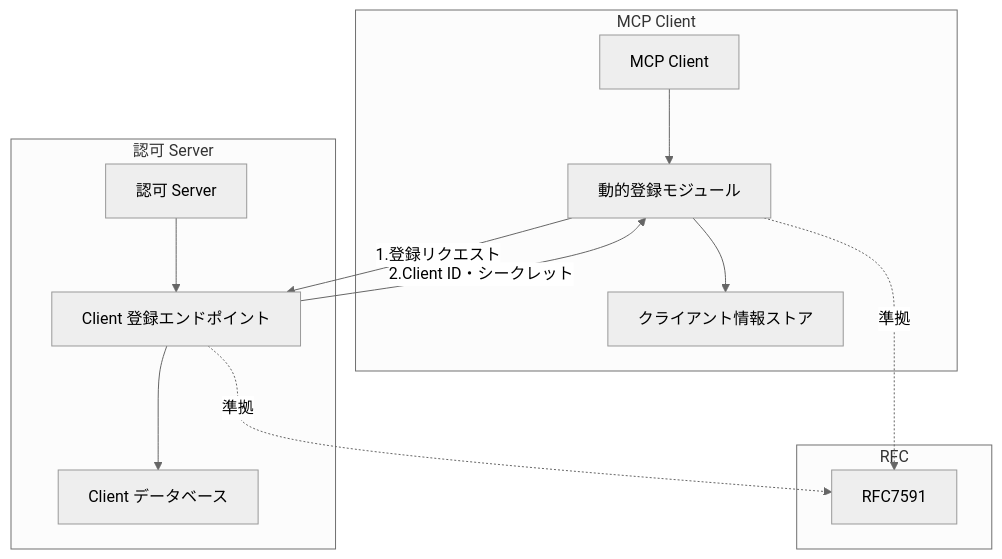
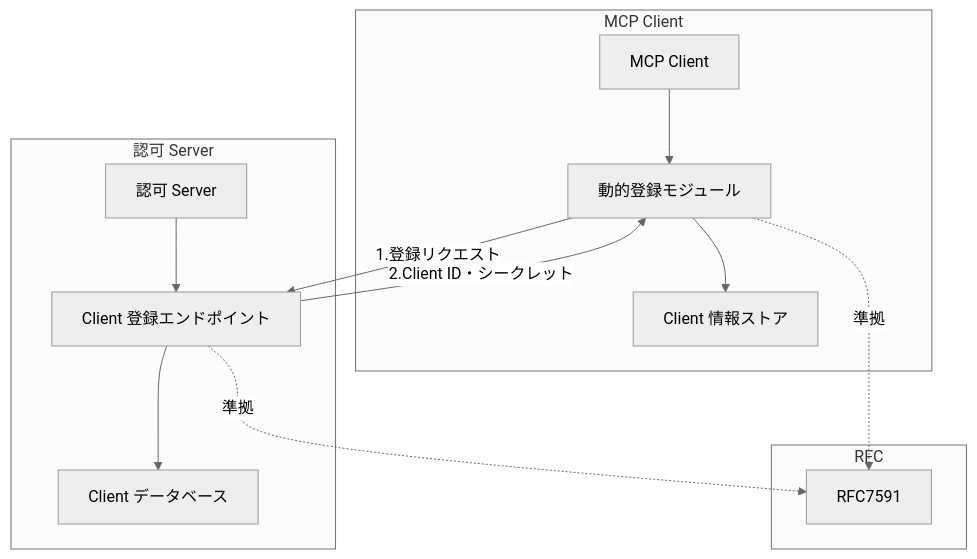
The fourth of 6 diagrams in books/security-of-the-mcp/chapter12.md (littlemex/zenn), drawn with Mermaid (neutral theme) before and after one commit. The commit also changed other lines of this file, not shown here.

````diff
--- a/books/security-of-the-mcp/chapter12.md
+++ b/books/security-of-the-mcp/chapter12.md
@@ -145,29 +145,29 @@
 ```mermaid
 graph TD
     subgraph "MCP Client"
         Client[MCP Client]
         DynReg[動的登録モジュール]
-        ClientStore[クライアント情報ストア]
+        ClientStore[Client 情報ストア]
         
         Client --> DynReg
         DynReg --> ClientStore
     end
     
     subgraph "認可 Server"
         AuthServer[認可 Server]
         Registration[Client 登録エンドポイント]
         ClientDB[Client データベース]
         
         AuthServer --> Registration
         Registration --> ClientDB
     end
     
     subgraph "RFC"
         RFC7591[RFC7591]
     end
     
     DynReg -->|1.登録リクエスト| Registration
     Registration -->|2.Client ID・シークレット| DynReg
     Registration -.->|準拠| RFC7591
     DynReg -.->|準拠| RFC7591
 ```
````
